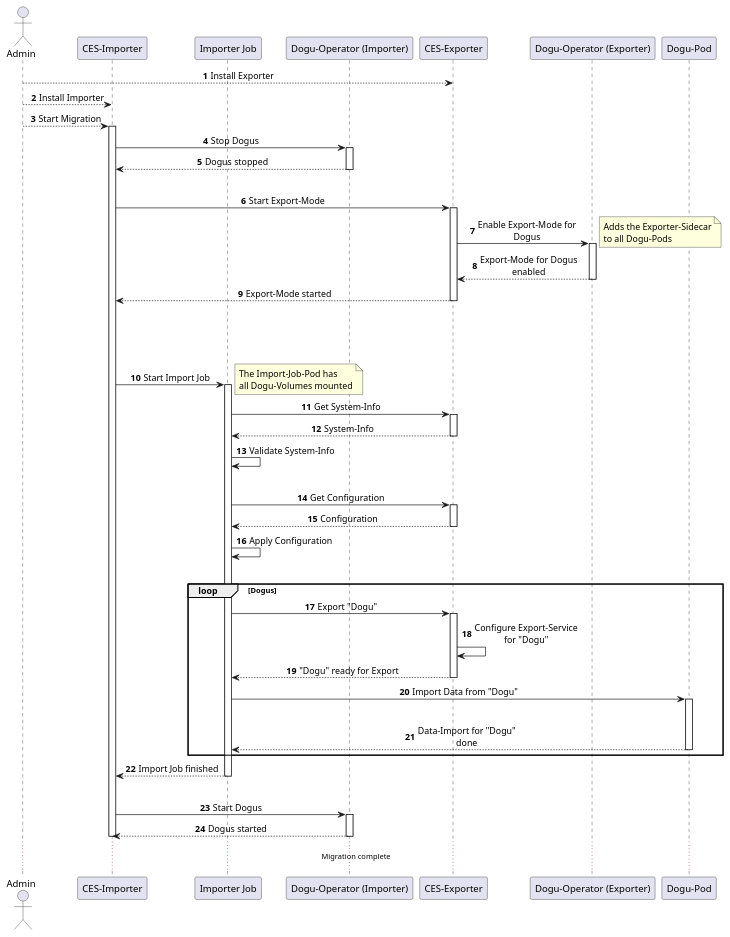
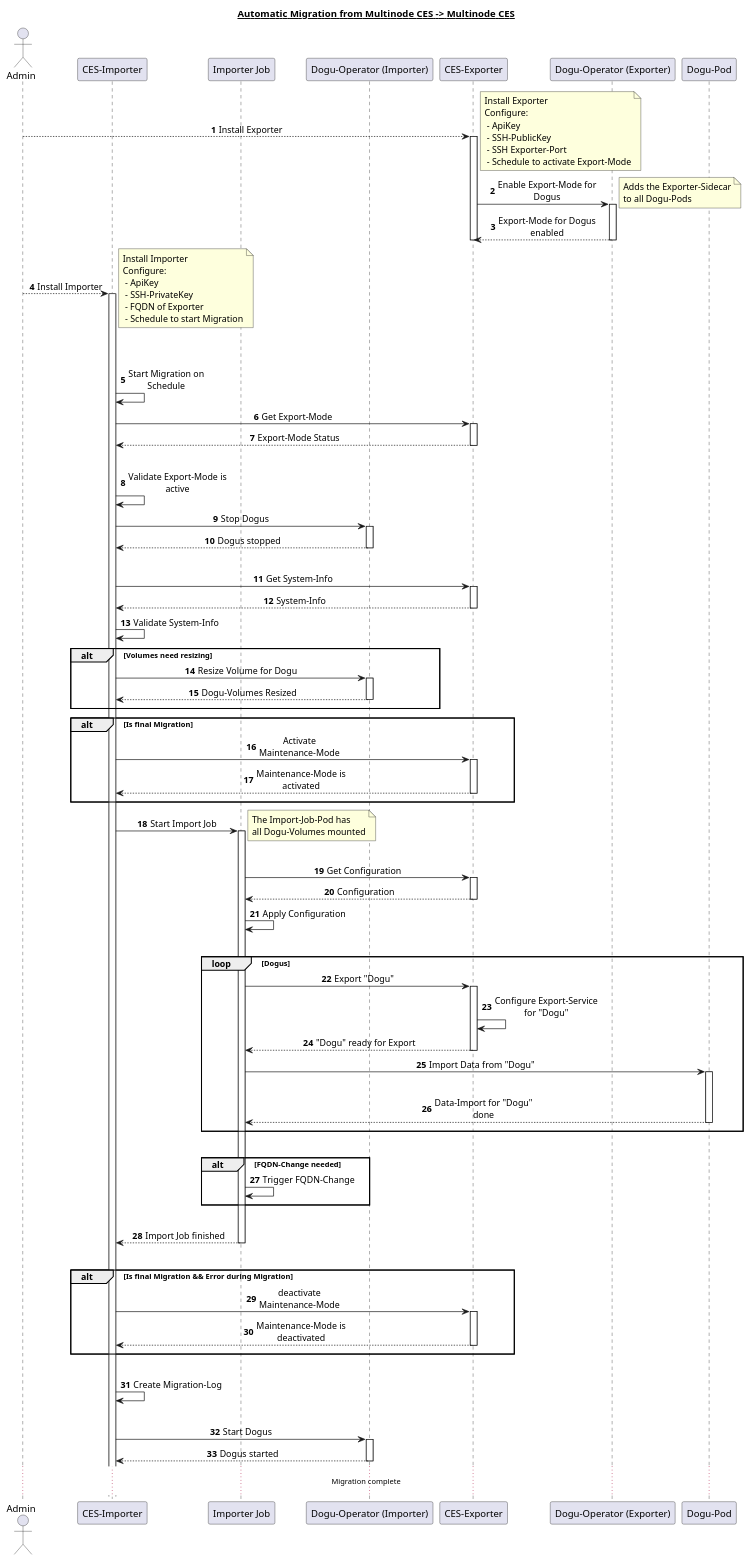
One commit to cloudogu/ces-exporter changed the diagram in docs/migration_mn-mn.puml. Above: the diagram before and after it, drawn with PlantUML. The commit also changed 1 other file, not shown here.

Commit message:
#1 update api spec & diagram

```diff
--- a/docs/migration_mn-mn.puml
+++ b/docs/migration_mn-mn.puml
@@ -1,101 +1,140 @@
 @startuml
 'https://plantuml.com/sequence-diagram
 
 skinparam maxMessageSize 160
 skinparam sequenceMessageAlign center
 autonumber
+
+title __Automatic Migration from Multinode CES -> Multinode CES__
 
 actor Admin
 participant "CES-Importer" as I
 participant "Importer Job" as IJ
 participant "Dogu-Operator (Importer)" as DOI
 participant "CES-Exporter" as E
 participant "Dogu-Operator (Exporter)" as DOE
 participant "Dogu-Pod" as DP
 
-'Install
-Admin --> E: Install Exporter
-Admin --> I: Install Importer
-
-Admin --> I: Start Migration
-activate I
-
-'Stop Dogus
-I -> DOI: Stop Dogus
-activate DOI
-I <-- DOI: Dogus stopped
-deactivate DOI
-
-|||
-
-'Export-Mode start
-I -> E: Start Export-Mode
-activate E
-E -> DOE: Enable Export-Mode for Dogus
-activate DOE
+'Install Exporter
+Admin --> E ++: Install Exporter
+note right
+Install Exporter
+Configure:
+ - ApiKey
+ - SSH-PublicKey
+ - SSH Exporter-Port
+ - Schedule to activate Export-Mode
+end note
+E -> DOE ++: Enable Export-Mode for Dogus
 note right
 Adds the Exporter-Sidecar
 to all Dogu-Pods
 end note
-E <-- DOE: Export-Mode for Dogus enabled
-deactivate DOE
-I <-- E: Export-Mode started
+E <-- DOE --: Export-Mode for Dogus enabled
 deactivate E
 
-||80||
+Admin --> I++ : Install Importer
+note right
+Install Importer
+Configure:
+ - ApiKey
+ - SSH-PrivateKey
+ - FQDN of Exporter
+ - Schedule to start Migration
+end note
+
+||50||
+
+I -> I: Start Migration on Schedule
+
+I -> E++: Get Export-Mode
+I <-- E--: Export-Mode Status
+
+|||
+
+I -> I: Validate Export-Mode is active
+
+'Stop Dogus
+I -> DOI ++: Stop Dogus
+I <-- DOI --: Dogus stopped
+
+|||
+
+'System-Info
+I -> E ++: Get System-Info
+I <-- E --: System-Info
+I -> I: Validate System-Info
+
+alt Volumes need resizing
+    I -> DOI++: Resize Volume for Dogu
+    I <-- DOI--: Dogu-Volumes Resized
+    ||5||
+end
+
+alt Is final Migration
+    I -> E++: Activate Maintenance-Mode
+    I <-- E--: Maintenance-Mode is activated
+    ||5||
+end
+
 
 'Start Import-Job
-I -> IJ: Start Import Job
+I -> IJ++: Start Import Job
 note right
 The Import-Job-Pod has
 all Dogu-Volumes mounted
 end note
-activate IJ
-
-'System-Info
-IJ -> E: Get System-Info
-activate E
-IJ <-- E: System-Info
-deactivate E
-IJ -> IJ: Validate System-Info
 
 |||
 
 'Configuration
-IJ -> E: Get Configuration
-activate E
-IJ <-- E: Configuration
-deactivate E
+IJ -> E ++: Get Configuration
+IJ <-- E --: Configuration
 IJ -> IJ: Apply Configuration
 
 |||
 
 loop Dogus
-'Get Data from Dogu
-IJ -> E: Export "Dogu"
-activate E
-E -> E: Configure Export-Service for "Dogu"
-IJ <-- E: "Dogu" ready for Export
-deactivate E
-IJ -> DP: Import Data from "Dogu"
-activate DP
-|||
-IJ <-- DP: Data-Import for "Dogu" done
-deactivate DP
+    'Get Data from Dogu
+    IJ -> E ++: Export "Dogu"
+    E -> E: Configure Export-Service for "Dogu"
+    IJ <-- E --: "Dogu" ready for Export
+    IJ -> DP ++: Import Data from "Dogu"
+    |||
+    IJ <-- DP --: Data-Import for "Dogu" done
+    ||5||
 end
-
-I <-- IJ: Import Job finished
-deactivate IJ
 
 |||
 
-'Stop Dogus
-I -> DOI: Start Dogus
-activate DOI
-I <-- DOI: Dogus started
-deactivate DOI
+'FQDN-Change
+alt FQDN-Change needed
+    IJ -> IJ: Trigger FQDN-Change
+    ||5||
+end
 
-deactivate I
+|||
+
+I <-- IJ --: Import Job finished
+
+|||
+
+alt Is final Migration && Error during Migration
+    I -> E++: deactivate Maintenance-Mode
+    I <-- E--: Maintenance-Mode is deactivated
+    ||5||
+end
+
+|||
+
+'Create Migration Log
+I -> I: Create Migration-Log
+
+|||
+
+'Start Dogus
+I -> DOI ++: Start Dogus
+I <-- DOI --: Dogus started
 
 ...Migration complete...
 @enduml
```
